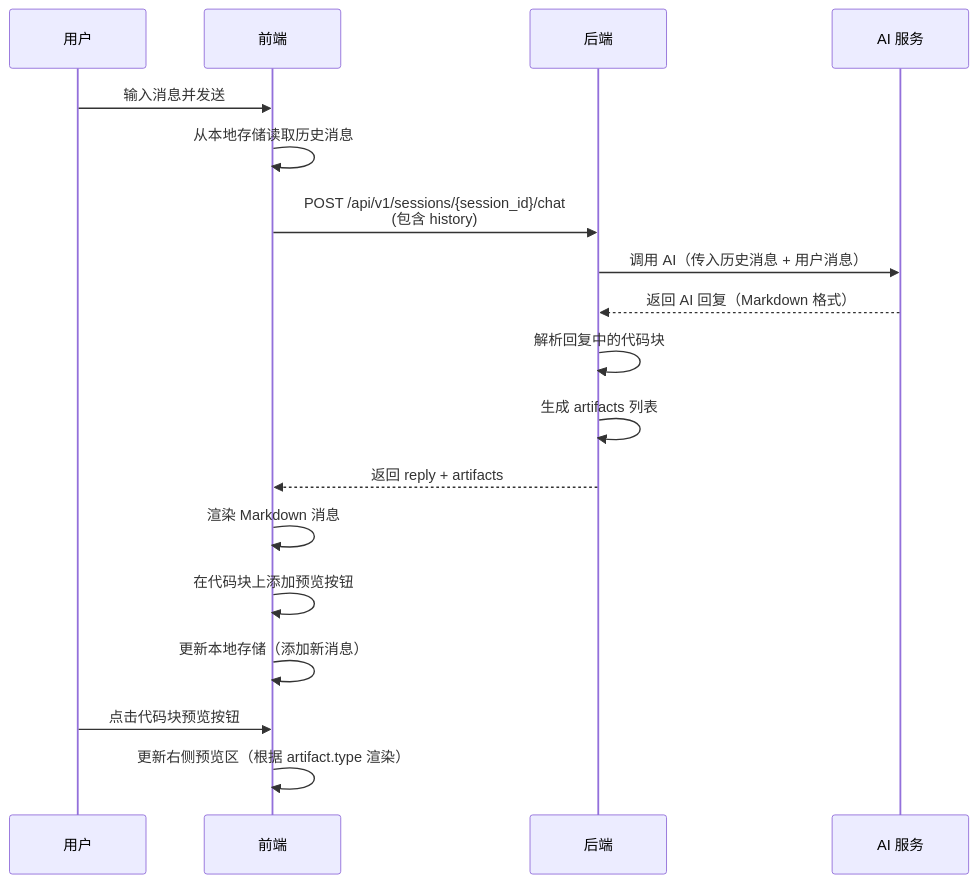
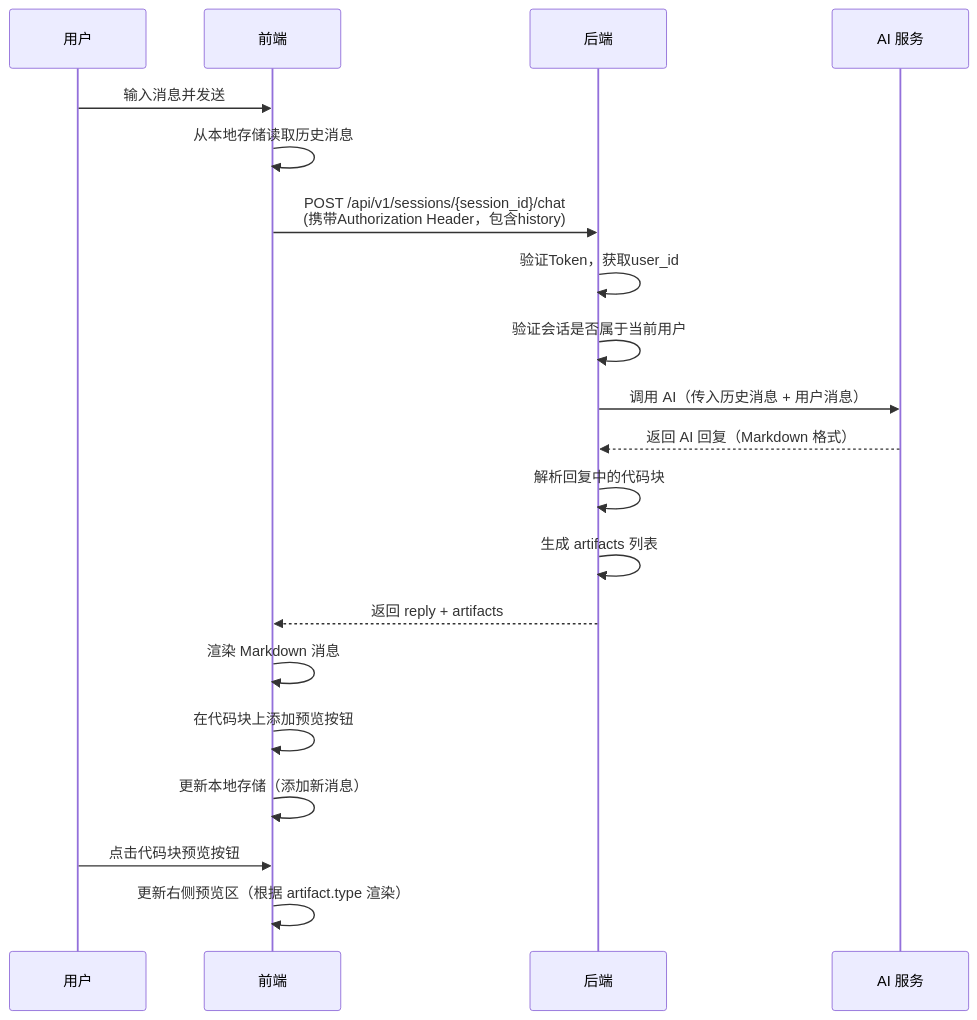
The fourth of 4 diagrams in docs/design/api_interface.md (ZhangColin/ai-teacher-platform), drawn with Mermaid before and after one commit. The commit also changed other lines of this file and 38 other files, not shown here.

````diff
--- a/docs/design/api_interface.md
+++ b/docs/design/api_interface.md
@@ -268,21 +629,23 @@
 ```mermaid
 sequenceDiagram
     participant User as 用户
     participant Frontend as 前端
     participant Backend as 后端
     participant AI as AI 服务
 
     User->>Frontend: 输入消息并发送
     Frontend->>Frontend: 从本地存储读取历史消息
-    Frontend->>Backend: POST /api/v1/sessions/{session_id}/chat<br/>(包含 history)
+    Frontend->>Backend: POST /api/v1/sessions/{session_id}/chat<br/>(携带Authorization Header，包含history)
+    Backend->>Backend: 验证Token，获取user_id
+    Backend->>Backend: 验证会话是否属于当前用户
     Backend->>AI: 调用 AI（传入历史消息 + 用户消息）
     AI-->>Backend: 返回 AI 回复（Markdown 格式）
     Backend->>Backend: 解析回复中的代码块
     Backend->>Backend: 生成 artifacts 列表
     Backend-->>Frontend: 返回 reply + artifacts
     Frontend->>Frontend: 渲染 Markdown 消息
     Frontend->>Frontend: 在代码块上添加预览按钮
     Frontend->>Frontend: 更新本地存储（添加新消息）
     User->>Frontend: 点击代码块预览按钮
     Frontend->>Frontend: 更新右侧预览区（根据 artifact.type 渲染）
 ```
````
